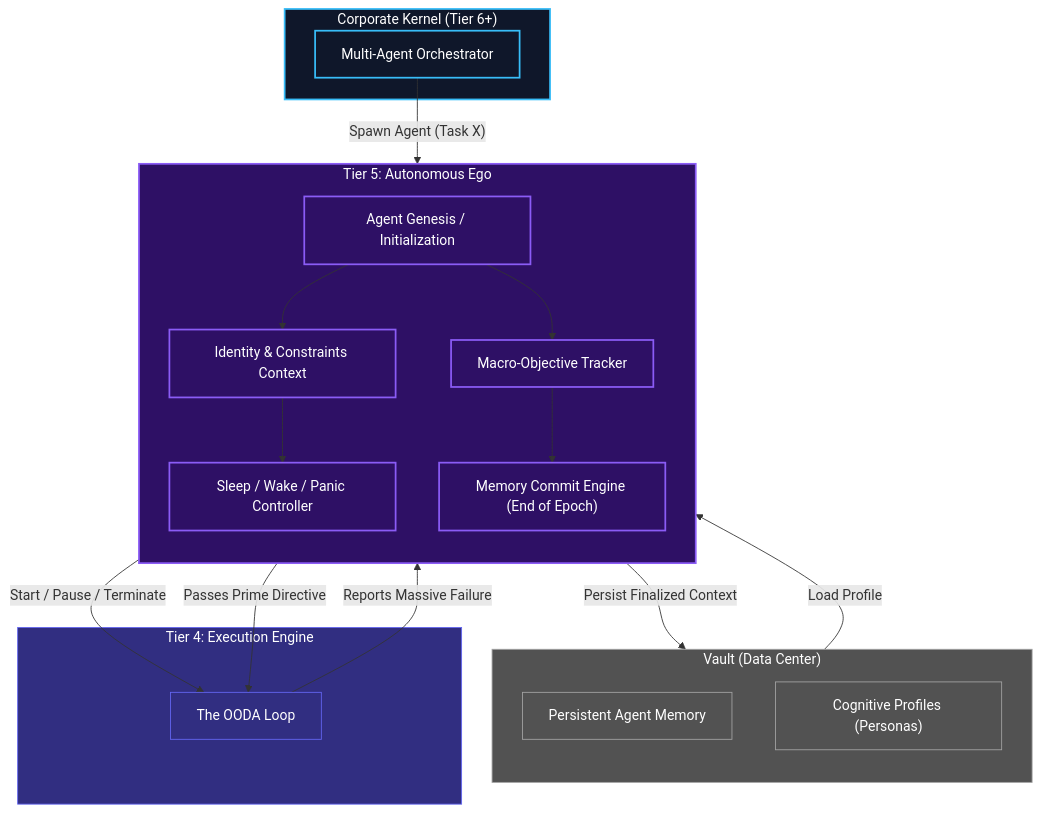
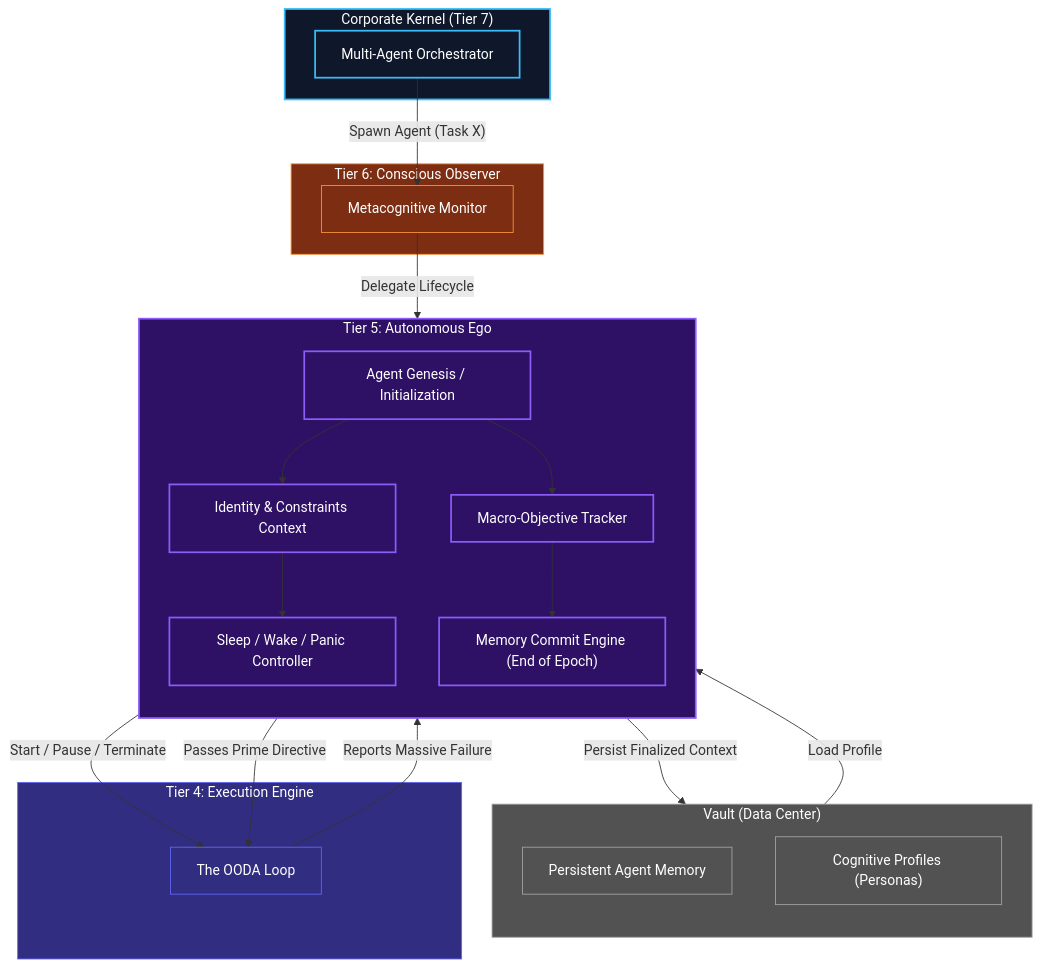
One commit to azzindani/Kea changed the diagram in redesign/tier_5/lifecycle_controller.md. Above: the diagram before and after it, drawn with Mermaid. The commit also changed other lines of this file and 16 other files, not shown here.

First line of the commit message:
Add Tier 6 (Conscious Observer) and restructure Human Kernel to 8 tiers

````diff
--- a/redesign/tier_5/lifecycle_controller.md
+++ b/redesign/tier_5/lifecycle_controller.md
@@ -10,60 +10,69 @@
 ```mermaid
 ---
 config:
   layout: dagre
 ---
 flowchart TB
+    %% Tier 6 Conscious Observer
+    subgraph sTier6["Tier 6: Conscious Observer"]
+        nConscious["Metacognitive Monitor"]
+    end
+
     %% The Corporate Overseer
-    subgraph sCorp["Corporate Kernel (Tier 6+)"]
+    subgraph sCorp["Corporate Kernel (Tier 7)"]
         nManager["Multi-Agent Orchestrator"]
     end
 
     %% Storage
     subgraph sVault["Vault (Data Center)"]
         direction TB
         nLongMem["Persistent Agent Memory"]
         nProfiles["Cognitive Profiles (Personas)"]
     end
 
     %% T5 Identity and Governance
     subgraph sT5["Tier 5: Autonomous Ego"]
         direction TB
         
         nSpawner["Agent Genesis / Initialization"]
         nEgo["Identity & Constraints Context"]
         nMacroGoal["Macro-Objective Tracker"]
         nSleepWake["Sleep / Wake / Panic Controller"]
         nCommit["Memory Commit Engine (End of Epoch)"]
         
         nSpawner --> nEgo
         nSpawner --> nMacroGoal
         nEgo --> nSleepWake
         nMacroGoal --> nCommit
     end
 
     %% T4 The Worker
     subgraph sT4["Tier 4: Execution Engine"]
         nOODA["The OODA Loop"]
     end
 
     %% Routing
-    nManager -- "Spawn Agent (Task X)" --> nSpawner
+    nManager -- "Spawn Agent (Task X)" --> nConscious
+    nConscious -- "Delegate Lifecycle" --> nSpawner
     nProfiles -- "Load Profile" --> nSpawner
     
     nSleepWake -- "Start / Pause / Terminate" --> nOODA
     nMacroGoal -- "Passes Prime Directive" --> nOODA
     nOODA -- "Reports Massive Failure" --> nSleepWake
     
     nCommit -- "Persist Finalized Context" --> nLongMem
 
     %% Styling
     classDef t4 fill:#312E81,stroke:#6366F1,stroke-width:1px,color:#fff
     classDef t5 fill:#2E1065,stroke:#8B5CF6,stroke-width:2px,color:#fff
     classDef corp fill:#0f172a,stroke:#38bdf8,stroke-width:2px,color:#fff
     classDef ext fill:#525252,stroke:#A3A3A3,stroke-width:1px,color:#fff
     
+    classDef t6 fill:#7C2D12,stroke:#FB923C,stroke-width:1px,color:#fff
+
     class sVault,nLongMem,nProfiles ext
     class sCorp,nManager corp
+    class sTier6,nConscious t6
     class sT5,nSpawner,nEgo,nMacroGoal,nSleepWake,nCommit t5
     class sT4,nOODA t4
 ```
````
